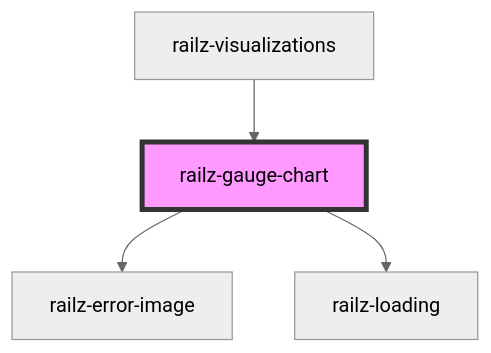
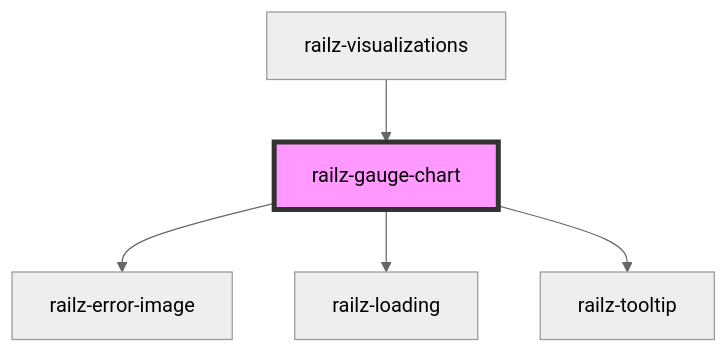
The diagram in packages/components/src/elements/gauge-chart/readme.md (railz-ai/railz-visualizations), drawn with Mermaid (neutral theme) before and after one commit. The commit also changed other lines of this file and 7 other files, not shown here.

````diff
--- a/packages/components/src/elements/gauge-chart/readme.md
+++ b/packages/components/src/elements/gauge-chart/readme.md
@@ -26,7 +27,8 @@
 ```mermaid
 graph TD;
   railz-gauge-chart --> railz-error-image
   railz-gauge-chart --> railz-loading
+  railz-gauge-chart --> railz-tooltip
   railz-visualizations --> railz-gauge-chart
   style railz-gauge-chart fill:#f9f,stroke:#333,stroke-width:4px
 ```
````
